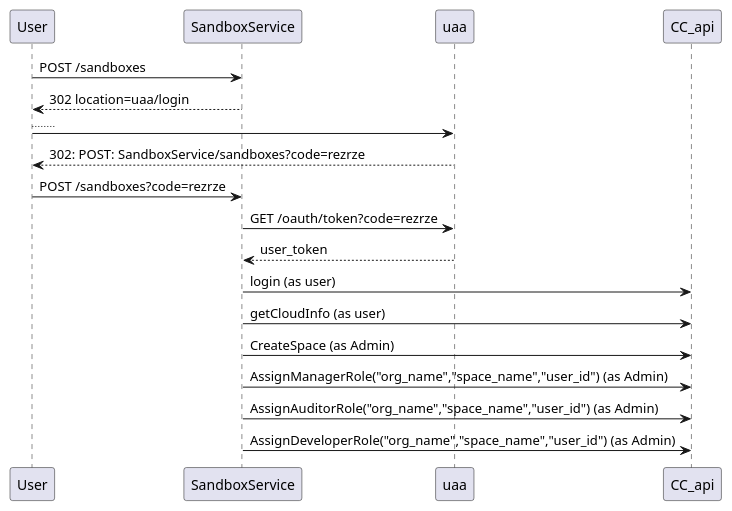
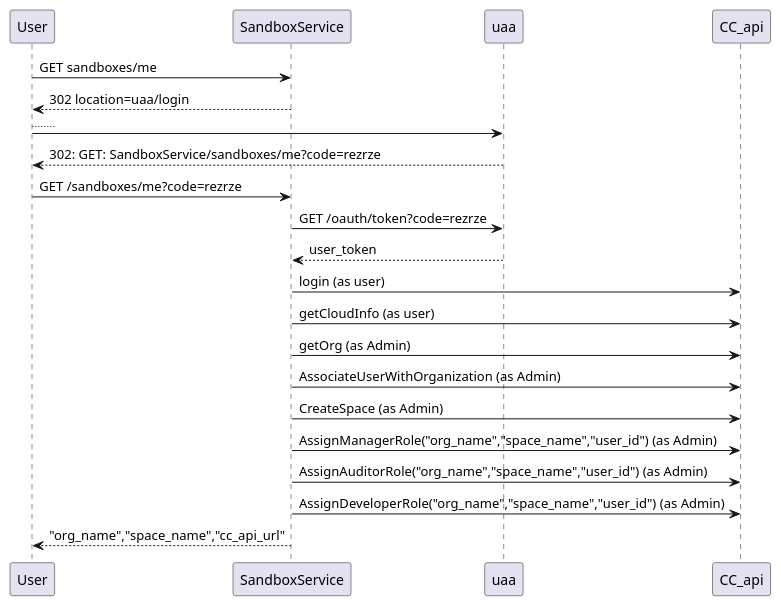
The diagram in src/main/plantuml/sandbox_creation.puml (Orange-OpenSource/elpaaso-sandbox-service), drawn with PlantUML before and after one commit. The commit also changed 6 other files, not shown here.

First line of the commit message:
associate user with an organization prior to create space

```diff
--- a/src/main/plantuml/sandbox_creation.puml
+++ b/src/main/plantuml/sandbox_creation.puml
@@ -1,15 +1,18 @@
 @startuml
-User -> SandboxService: POST /sandboxes
+User -> SandboxService: GET sandboxes/me
 User <-- SandboxService: 302 location=uaa/login
 User -> uaa: ....
-User <-- uaa: 302: POST: SandboxService/sandboxes?code=rezrze
-User -> SandboxService : POST /sandboxes?code=rezrze
+User <-- uaa: 302: GET: SandboxService/sandboxes/me?code=rezrze
+User -> SandboxService : GET /sandboxes/me?code=rezrze
 SandboxService -> uaa : GET /oauth/token?code=rezrze
 SandboxService <-- uaa : user_token
 SandboxService -> CC_api: login (as user)
 SandboxService -> CC_api: getCloudInfo (as user)
+SandboxService -> CC_api: getOrg (as Admin)
+SandboxService -> CC_api: AssociateUserWithOrganization (as Admin)
 SandboxService -> CC_api: CreateSpace (as Admin)
 SandboxService -> CC_api: AssignManagerRole("org_name","space_name","user_id") (as Admin)
 SandboxService -> CC_api: AssignAuditorRole("org_name","space_name","user_id") (as Admin)
 SandboxService -> CC_api: AssignDeveloperRole("org_name","space_name","user_id") (as Admin)
+User <-- SandboxService: "org_name","space_name","cc_api_url"
 @enduml
```
